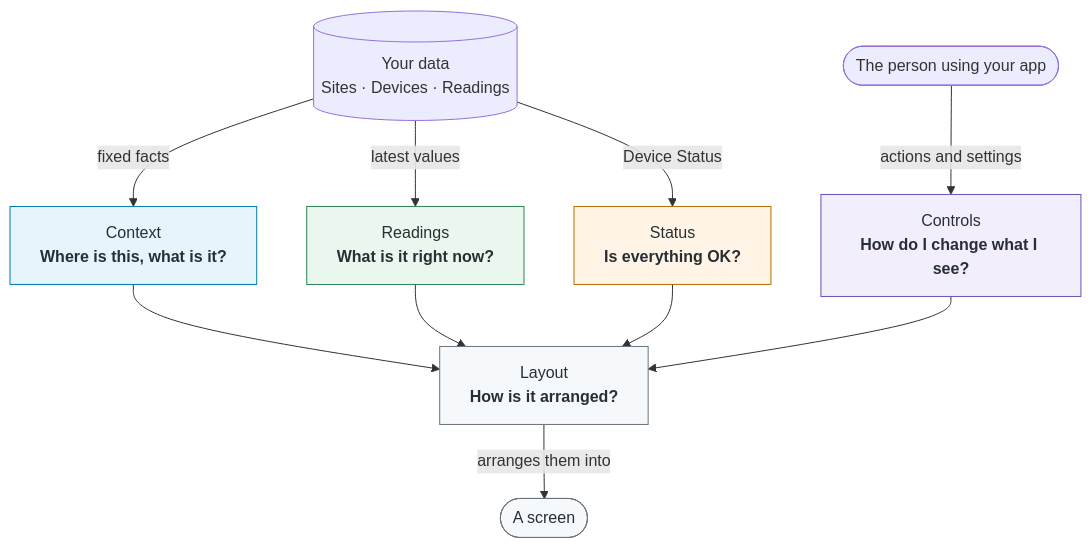
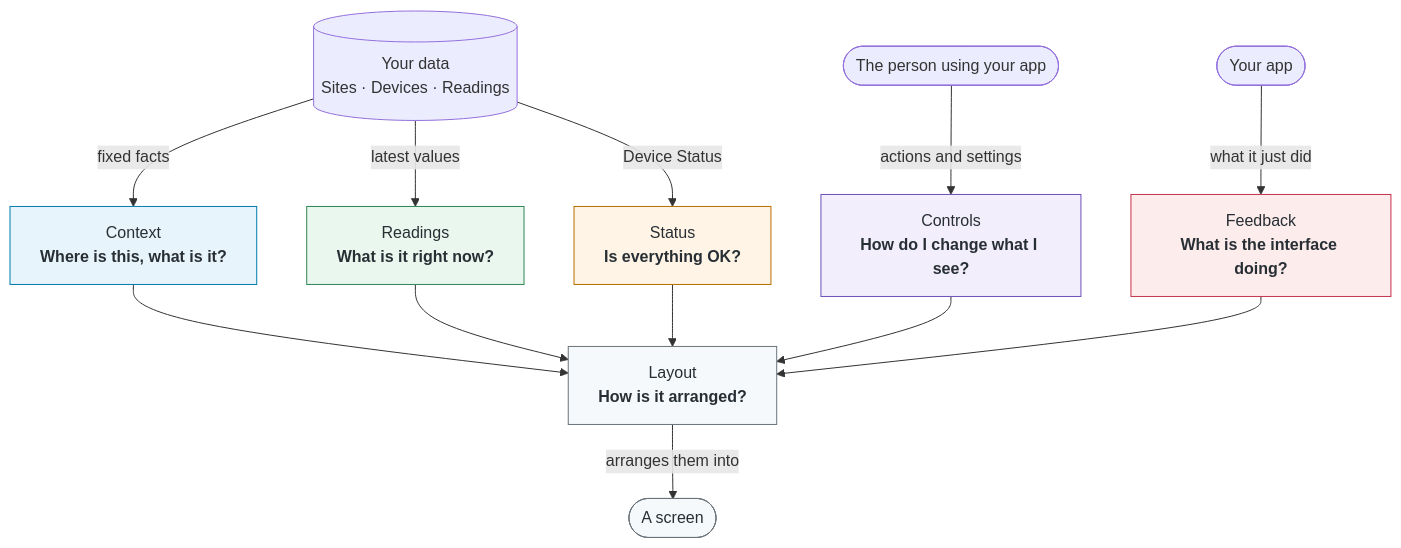
The diagram in kit/apps/docs-site/docs/ui-components/index.mdx (Detriz-dev/smart-home-kit), drawn with Mermaid before and after one commit. The commit also changed other lines of this file and 12 other files, not shown here.

````diff
--- a/kit/apps/docs-site/docs/ui-components/index.mdx
+++ b/kit/apps/docs-site/docs/ui-components/index.mdx
@@ -15,33 +15,39 @@
 ```mermaid
 flowchart TB
     Data[("Your data<br/>Sites · Devices · Readings")]
     Person(["The person using your app"])
+    App(["Your app"])
 
     Context["Context<br/><b>Where is this, what is it?</b>"]
     Readings["Readings<br/><b>What is it right now?</b>"]
     Status["Status<br/><b>Is everything OK?</b>"]
     Controls["Controls<br/><b>How do I change what I see?</b>"]
+    Feedback["Feedback<br/><b>What is the interface doing?</b>"]
     Layout["Layout<br/><b>How is it arranged?</b>"]
     Screen(["A screen"])
 
     Data -->|fixed facts| Context
     Data -->|latest values| Readings
     Data -->|Device Status| Status
     Person -->|actions and settings| Controls
+    App -->|what it just did| Feedback
     Context --> Layout
     Readings --> Layout
     Status --> Layout
     Controls --> Layout
+    Feedback --> Layout
     Layout -->|arranges them into| Screen
 
     classDef context fill:#e8f4fb,stroke:#017bab,color:#272f34
     classDef readings fill:#eaf7ee,stroke:#2e8555,color:#272f34
     classDef status fill:#fff4e5,stroke:#b86e00,color:#272f34
     classDef controls fill:#f3eefc,stroke:#6b4fbb,color:#272f34
+    classDef feedback fill:#fdecec,stroke:#c4314b,color:#272f34
     classDef layout fill:#f6f9fb,stroke:#697379,color:#272f34
     class Context context
     class Readings readings
     class Status status
     class Controls controls
+    class Feedback feedback
     class Layout,Screen layout
 ```
````
